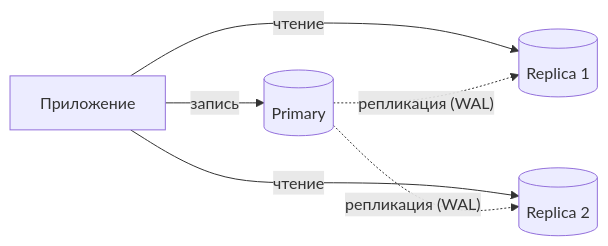
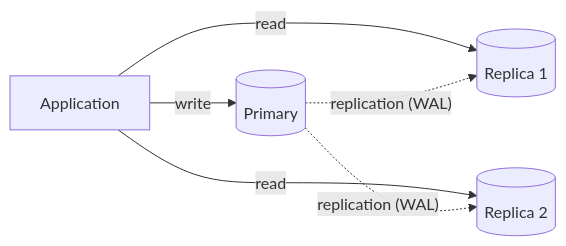
Before and after one commit to younggsad/obsidian-store: the second of 2 diagrams in Innowise/Вопросы к собесу/Backend/Data Bases.md, drawn with Mermaid. The commit also changed other lines of this file and 1 other file, not shown here.

````diff
--- a/Innowise/Вопросы к собесу/Backend/Data Bases.md
+++ b/Innowise/Вопросы к собесу/Backend/Data Bases.md
@@ -773,8 +837,8 @@
 ```mermaid
 flowchart LR
-    APP["Приложение"] -->|"запись"| P[("Primary")]
-    APP -->|"чтение"| R1[("Replica 1")]
-    APP -->|"чтение"| R2[("Replica 2")]
-    P -. "репликация (WAL)" .-> R1
-    P -. "репликация (WAL)" .-> R2
+    APP["Application"] -->|"write"| P[("Primary")]
+    APP -->|"read"| R1[("Replica 1")]
+    APP -->|"read"| R2[("Replica 2")]
+    P -. "replication (WAL)" .-> R1
+    P -. "replication (WAL)" .-> R2
 ```
````
